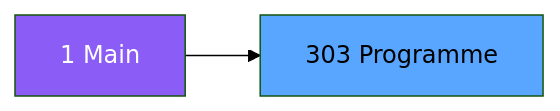
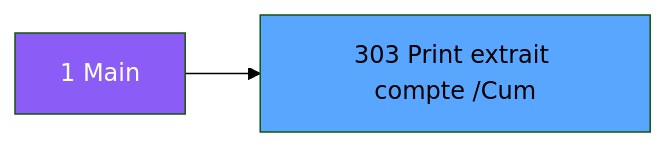
One commit to thonyAGP/magic-migration changed the second of 3 diagrams in .openspec/specs/ADH-IDE-303.md. Above: the diagram before and after it, drawn with Mermaid (forest theme). The commit also changed other lines of this file and 323 other files, not shown here.

````diff
--- a/.openspec/specs/ADH-IDE-303.md
+++ b/.openspec/specs/ADH-IDE-303.md
@@ -102,8 +117,8 @@
 ```mermaid
 graph LR
     M[1 Main]
-    T[303 Programme]
+    T[303 Print extrait compte /Cum]
     M --> T
     style M fill:#8b5cf6,color:#fff
     style T fill:#58a6ff,color:#000
 ```
````
